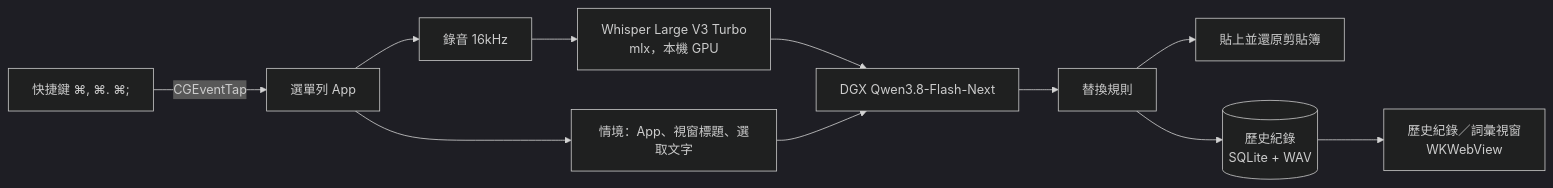
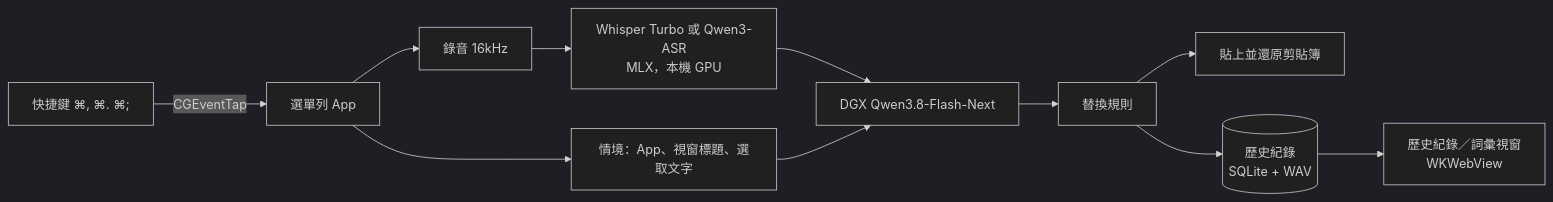
The diagram in README.md (channing342/voicetype), drawn with Mermaid (dark theme) before and after one commit. The commit also changed other lines of this file and 16 other files, not shown here.

````diff
--- a/README.md
+++ b/README.md
@@ -27,13 +28,13 @@
 ```mermaid
 flowchart LR
     K["快捷鍵 ⌘, ⌘. ⌘;"] -->|CGEventTap| A[選單列 App]
     A --> R[錄音 16kHz]
     A --> C[情境：App、視窗標題、選取文字]
-    R --> W[Whisper Large V3 Turbo<br>mlx，本機 GPU]
+    R --> W[Whisper Turbo 或 Qwen3-ASR<br>MLX，本機 GPU]
     W --> L[DGX Qwen3.8-Flash-Next]
     C --> L
     L --> X[替換規則]
     X --> P[貼上並還原剪貼簿]
     X --> H[(歷史紀錄<br>SQLite + WAV)]
     H --> UI[歷史紀錄／詞彙視窗<br>WKWebView]
 ```
````
